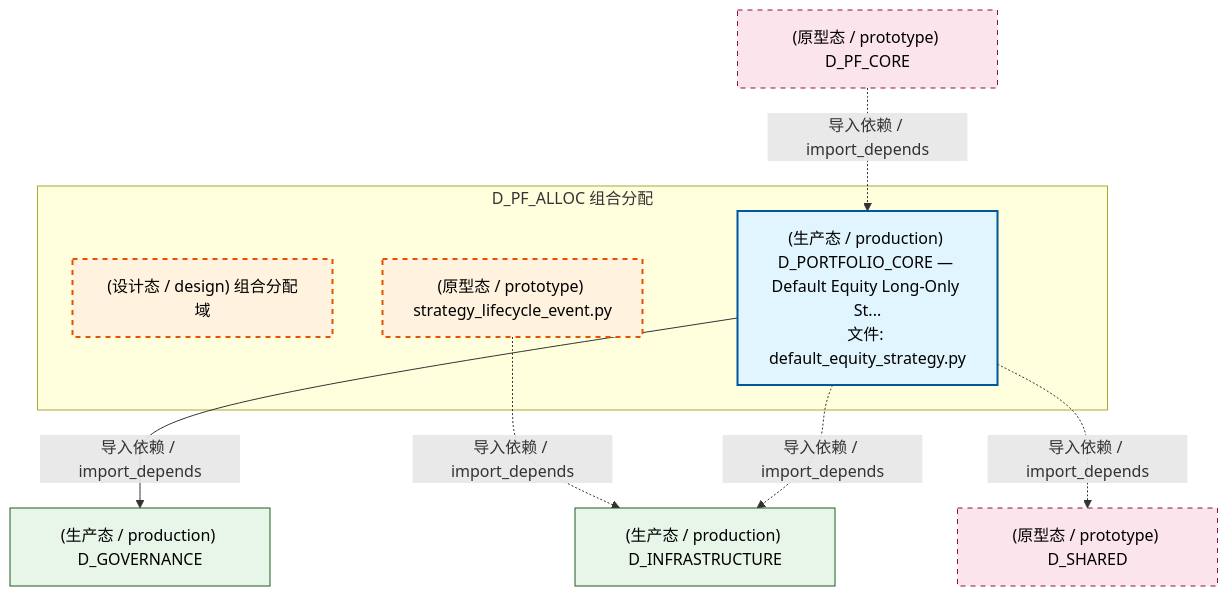
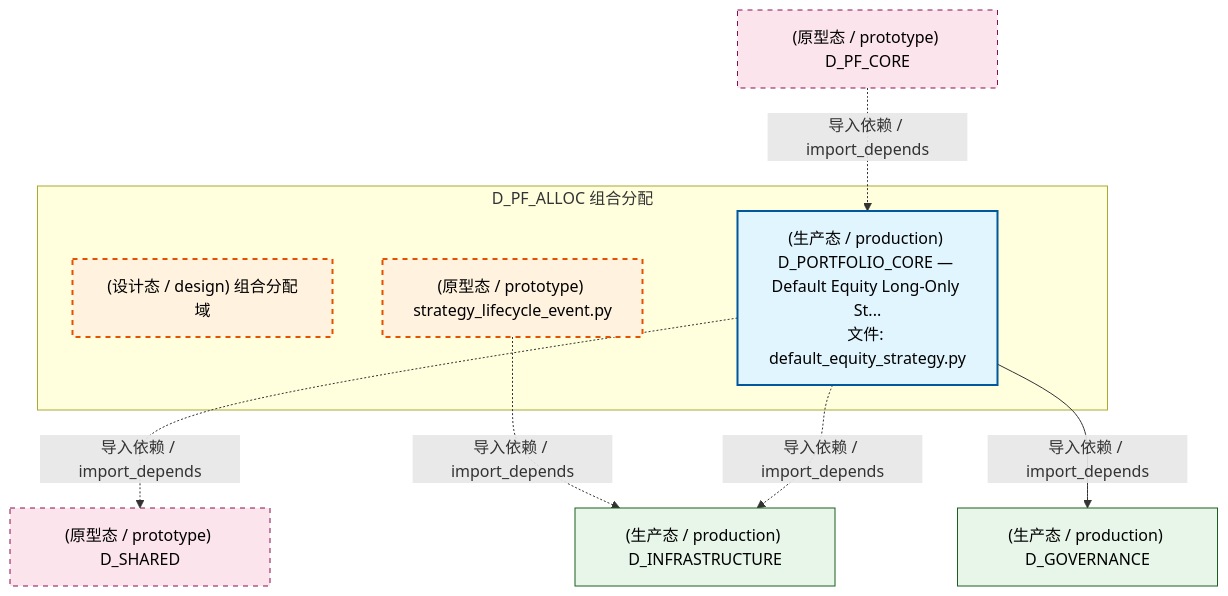
One commit to xuanFelixVan/ZephyrAlpha changed the first of 5 diagrams in docs/02_enterprise_architecture/02_domain_architecture_docs/51_d_pf_alloc.md. Above: the diagram before and after it, drawn with Mermaid. The commit also changed other lines of this file and 99 other files, not shown here.

````diff
--- a/docs/02_enterprise_architecture/02_domain_architecture_docs/51_d_pf_alloc.md
+++ b/docs/02_enterprise_architecture/02_domain_architecture_docs/51_d_pf_alloc.md
@@ -70,25 +70,25 @@
 ```mermaid
 graph TD
     subgraph D_PF_ALLOC["D_PF_ALLOC 组合分配"]
         src_zephyr_pf_alloc["(设计态 / design) 组合分配域"]
         src_zephyr_pf_alloc_strategy_lifecycle_event_py["(原型态 / prototype) strategy_lifecycle_event.py"]
         src_zephyr_pf_core_default_equity_strategy_py["(生产态 / production) D_PORTFOLIO_CORE — Default Equity Long-Only St...<br/>文件: default_equity_strategy.py"]
     end
     D_INFRASTRUCTURE["(生产态 / production) D_INFRASTRUCTURE"]
     src_zephyr_pf_alloc_strategy_lifecycle_event_py -.->|导入依赖 / import_depends| D_INFRASTRUCTURE
+    D_SHARED["(原型态 / prototype) D_SHARED"]
+    src_zephyr_pf_core_default_equity_strategy_py -.->|导入依赖 / import_depends| D_SHARED
+    src_zephyr_pf_core_default_equity_strategy_py -.->|导入依赖 / import_depends| D_INFRASTRUCTURE
     D_GOVERNANCE["(生产态 / production) D_GOVERNANCE"]
     src_zephyr_pf_core_default_equity_strategy_py -->|导入依赖 / import_depends| D_GOVERNANCE
-    src_zephyr_pf_core_default_equity_strategy_py -.->|导入依赖 / import_depends| D_INFRASTRUCTURE
-    D_SHARED["(原型态 / prototype) D_SHARED"]
-    src_zephyr_pf_core_default_equity_strategy_py -.->|导入依赖 / import_depends| D_SHARED
     D_PF_CORE["(原型态 / prototype) D_PF_CORE"]
     D_PF_CORE -.->|导入依赖 / import_depends| src_zephyr_pf_core_default_equity_strategy_py
     classDef production fill:#e1f5fe,stroke:#01579b,stroke-width:2px,color:#000
     classDef design fill:#fff3e0,stroke:#e65100,stroke-width:2px,color:#000,stroke-dasharray: 5 5
     classDef external_prod fill:#e8f5e9,stroke:#1b5e20,stroke-width:1px,color:#000
     classDef external_design fill:#fce4ec,stroke:#880e4f,stroke-width:1px,color:#000,stroke-dasharray: 5 5
     class src_zephyr_pf_core_default_equity_strategy_py production
     class src_zephyr_pf_alloc,src_zephyr_pf_alloc_strategy_lifecycle_event_py design
     class D_INFRASTRUCTURE,D_GOVERNANCE external_prod
     class D_SHARED,D_PF_CORE external_design
 ```
````
